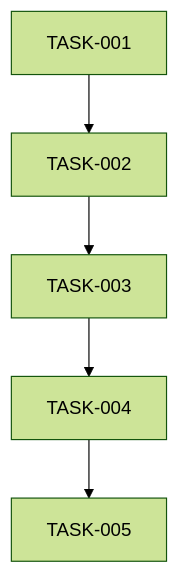
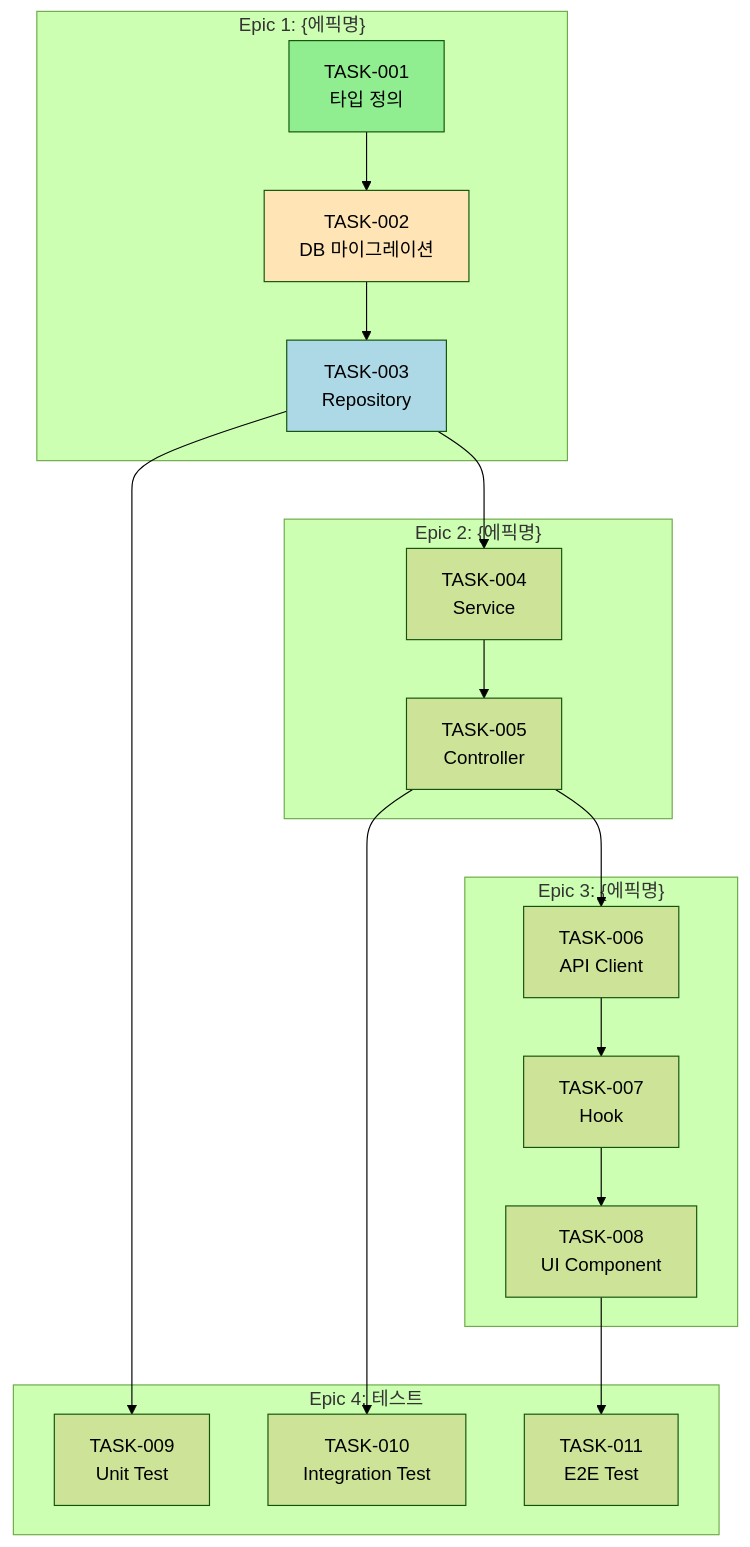
Before and after one commit to Wondermove-Inc/calab-claude-plugin: the diagram in .claude/templates/task-template.md, drawn with Mermaid (forest theme). The commit also changed other lines of this file and 47 other files, not shown here.

````diff
--- a/.claude/templates/task-template.md
+++ b/.claude/templates/task-template.md
@@ -94,7 +253,28 @@
 ```mermaid
 graph TD
-    T001[TASK-001] --> T002[TASK-002]
-    T002 --> T003[TASK-003]
-    T003 --> T004[TASK-004]
-    T004 --> T005[TASK-005]
+    subgraph "Epic 1: {에픽명}"
+        T001[TASK-001<br/>타입 정의] --> T002[TASK-002<br/>DB 마이그레이션]
+        T002 --> T003[TASK-003<br/>Repository]
+    end
+
+    subgraph "Epic 2: {에픽명}"
+        T003 --> T004[TASK-004<br/>Service]
+        T004 --> T005[TASK-005<br/>Controller]
+    end
+
+    subgraph "Epic 3: {에픽명}"
+        T005 --> T006[TASK-006<br/>API Client]
+        T006 --> T007[TASK-007<br/>Hook]
+        T007 --> T008[TASK-008<br/>UI Component]
+    end
+
+    subgraph "Epic 4: 테스트"
+        T003 --> T009[TASK-009<br/>Unit Test]
+        T005 --> T010[TASK-010<br/>Integration Test]
+        T008 --> T011[TASK-011<br/>E2E Test]
+    end
+
+    style T001 fill:#90EE90
+    style T002 fill:#FFE4B5
+    style T003 fill:#ADD8E6
 ```
````
